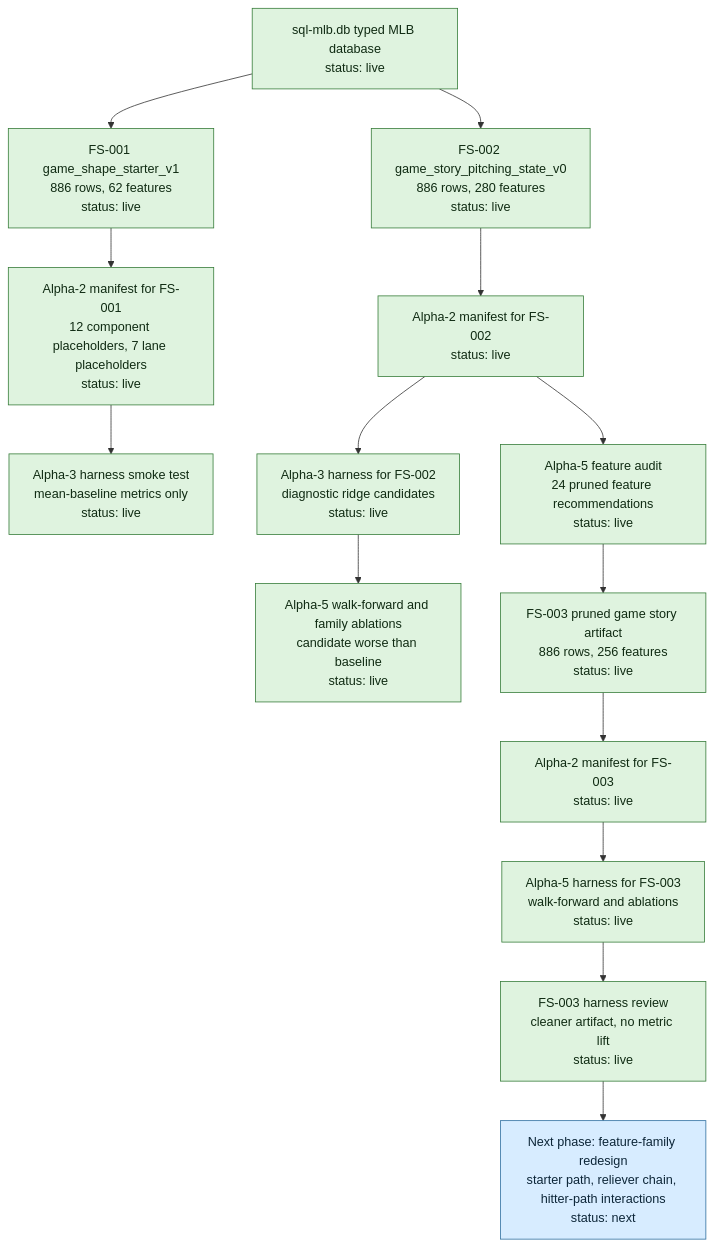
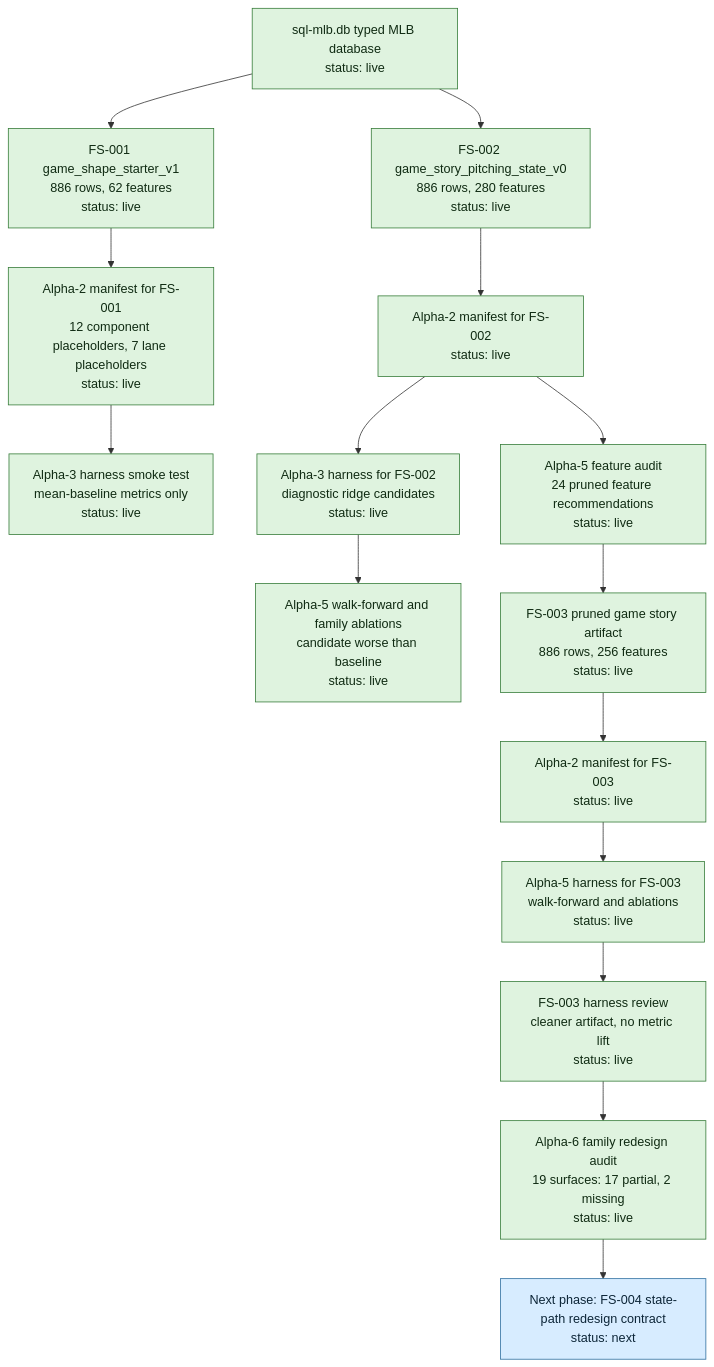
Before and after one commit to jiancchen/SlateAi: the first of 4 diagrams in run-plans/mlb/2026-06-03-mlb-m3-alpha-state-progress.md, drawn with Mermaid. The commit also changed other lines of this file and 11 other files, not shown here.

First line of the commit message:
Open MLB-M3 Alpha-6 feature redesign

````diff
--- a/run-plans/mlb/2026-06-03-mlb-m3-alpha-state-progress.md
+++ b/run-plans/mlb/2026-06-03-mlb-m3-alpha-state-progress.md
@@ -47,27 +48,28 @@
 ```mermaid
 flowchart TD
   SQL["sql-mlb.db typed MLB database<br/>status: live"] --> FS001["FS-001 game_shape_starter_v1<br/>886 rows, 62 features<br/>status: live"]
   SQL --> FS002["FS-002 game_story_pitching_state_v0<br/>886 rows, 280 features<br/>status: live"]
 
   FS001 --> M001["Alpha-2 manifest for FS-001<br/>12 component placeholders, 7 lane placeholders<br/>status: live"]
   M001 --> H001["Alpha-3 harness smoke test<br/>mean-baseline metrics only<br/>status: live"]
 
   FS002 --> M002["Alpha-2 manifest for FS-002<br/>status: live"]
   M002 --> H002["Alpha-3 harness for FS-002<br/>diagnostic ridge candidates<br/>status: live"]
   M002 --> A002["Alpha-5 feature audit<br/>24 pruned feature recommendations<br/>status: live"]
   H002 --> WF002["Alpha-5 walk-forward and family ablations<br/>candidate worse than baseline<br/>status: live"]
 
   A002 --> FS003["FS-003 pruned game story artifact<br/>886 rows, 256 features<br/>status: live"]
   FS003 --> M003["Alpha-2 manifest for FS-003<br/>status: live"]
   M003 --> H003["Alpha-5 harness for FS-003<br/>walk-forward and ablations<br/>status: live"]
   H003 --> R003["FS-003 harness review<br/>cleaner artifact, no metric lift<br/>status: live"]
 
-  R003 --> NEXT["Next phase: feature-family redesign<br/>starter path, reliever chain, hitter-path interactions<br/>status: next"]
+  R003 --> A6["Alpha-6 family redesign audit<br/>19 surfaces: 17 partial, 2 missing<br/>status: live"]
+  A6 --> NEXT["Next phase: FS-004 state-path redesign contract<br/>status: next"]
 
   classDef live fill:#dff3df,stroke:#367c39,color:#102b13;
   classDef partial fill:#fff2c2,stroke:#927000,color:#332800;
   classDef next fill:#d7ecff,stroke:#2f6f9f,color:#0d2638;
 
-  class SQL,FS001,FS002,M001,H001,M002,H002,A002,WF002,FS003,M003,H003,R003 live;
+  class SQL,FS001,FS002,M001,H001,M002,H002,A002,WF002,FS003,M003,H003,R003,A6 live;
   class NEXT next;
 ```
````
